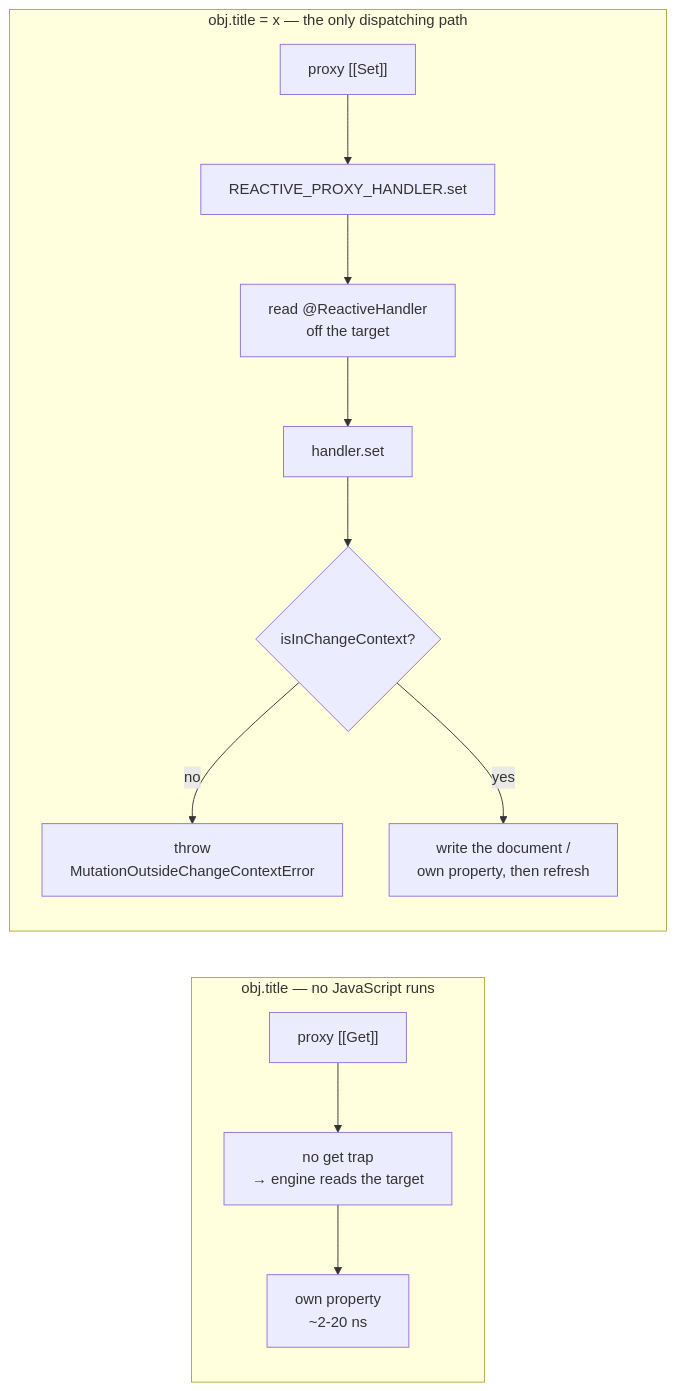
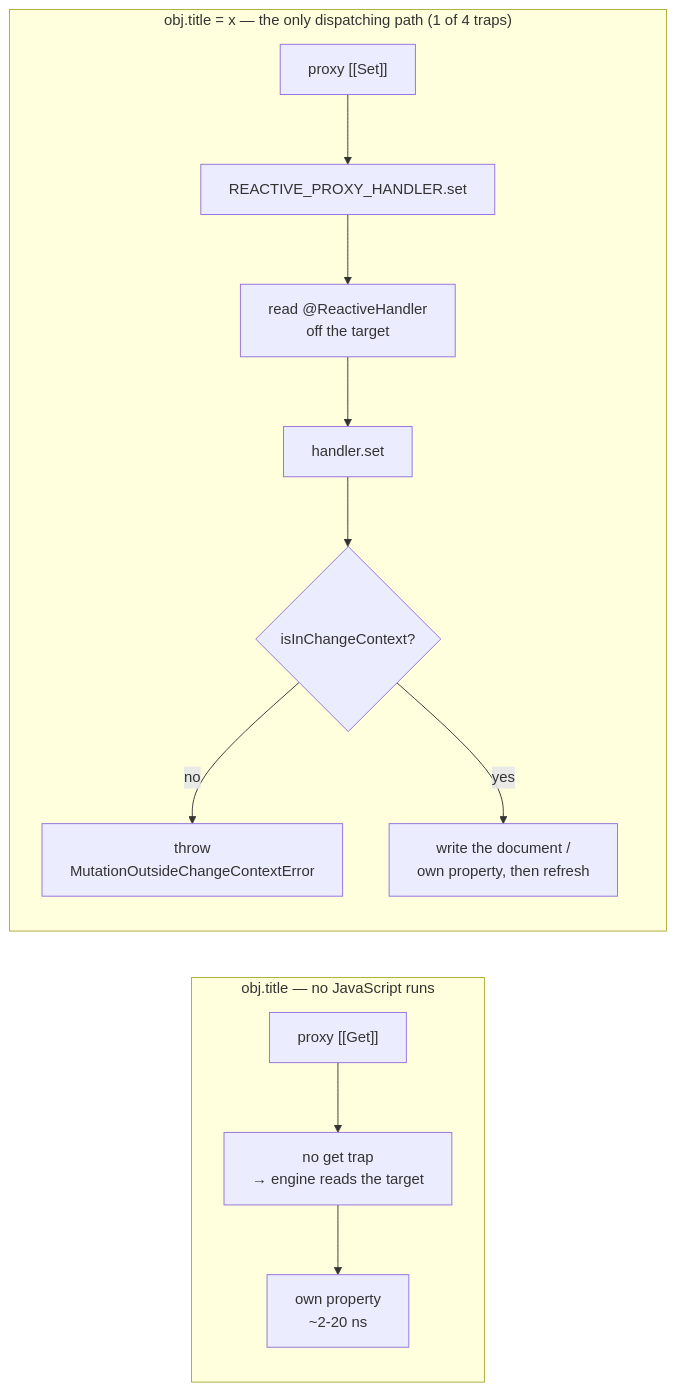
Before and after one commit to dxos/dxos: the fifth of 5 diagrams in .agents/projects/echo-plain-objects/OBJECT-LAYOUT.md, drawn with Mermaid. The commit also changed other lines of this file, not shown here.

First line of the commit message:
echo-plain-objects: bring the layout diagrams up to date

````diff
--- a/.agents/projects/echo-plain-objects/OBJECT-LAYOUT.md
+++ b/.agents/projects/echo-plain-objects/OBJECT-LAYOUT.md
@@ -166,11 +168,11 @@
 ```mermaid
 graph LR
   subgraph read["obj.title — no JavaScript runs"]
     R1["proxy [[Get]]"] --> R2["no get trap<br/>→ engine reads the target"] --> R3["own property<br/>~2-20 ns"]
   end
-  subgraph write["obj.title = x — the only dispatching path"]
+  subgraph write["obj.title = x — the only dispatching path (1 of 4 traps)"]
     W1["proxy [[Set]]"] --> W2["REACTIVE_PROXY_HANDLER.set"] --> W3["read @ReactiveHandler<br/>off the target"] --> W4["handler.set"] --> W5{"isInChangeContext?"}
     W5 -->|"no"| W6["throw<br/>MutationOutsideChangeContextError"]
     W5 -->|"yes"| W7["write the document /<br/>own property, then refresh"]
   end
 ```
````
